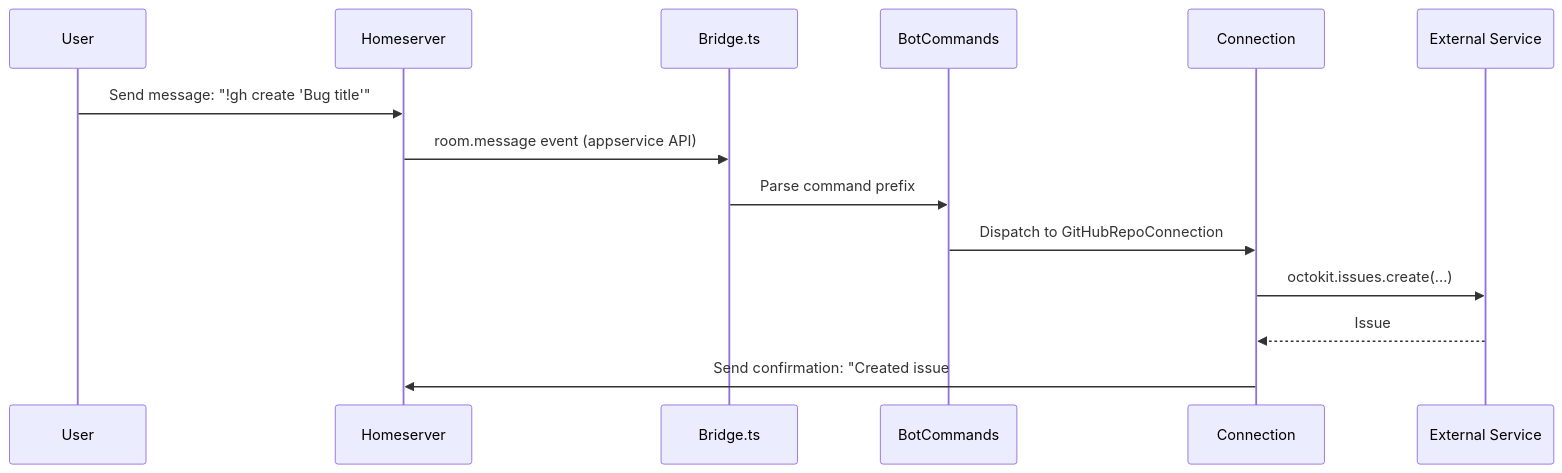
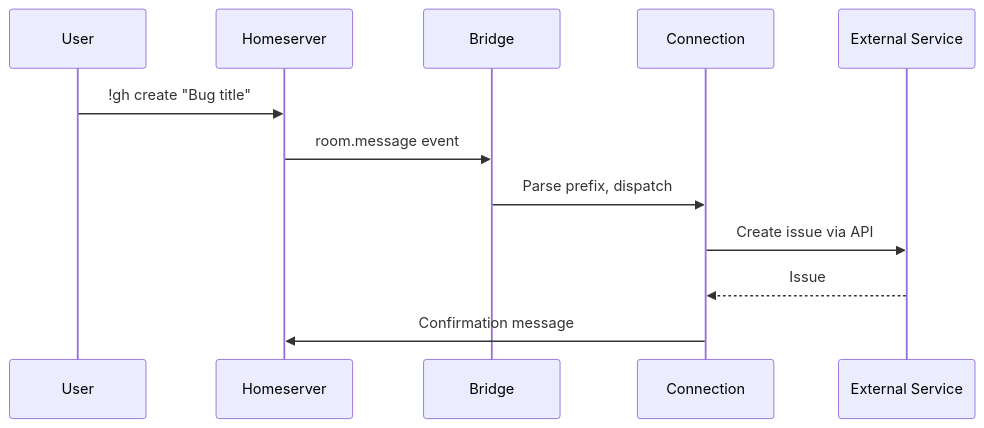
Before and after one commit to yncyrydybyl/matrix-hookshot: the third of 3 diagrams in docs/understand/event-lifecycle.md, drawn with Mermaid. The commit also changed 4 other files, not shown here.

First line of the commit message:
Simplify all 9 Mermaid diagrams for readability

````diff
--- a/docs/understand/event-lifecycle.md
+++ b/docs/understand/event-lifecycle.md
@@ -127,17 +127,15 @@
 ```mermaid
 sequenceDiagram
-    participant U as User
-    participant HS as Homeserver
-    participant BR as Bridge.ts
-    participant CMD as BotCommands
-    participant CONN as Connection
-    participant EXT as External Service
+    participant User
+    participant Matrix as Homeserver
+    participant Bridge
+    participant Conn as Connection
+    participant Ext as External Service
 
-    U->>HS: Send message: "!gh create 'Bug title'"
-    HS->>BR: room.message event (appservice API)
-    BR->>CMD: Parse command prefix
-    CMD->>CONN: Dispatch to GitHubRepoConnection
-    CONN->>EXT: octokit.issues.create(...)
-    EXT-->>CONN: Issue #42 created
-    CONN->>HS: Send confirmation: "Created issue #42"
+    User->>Matrix: !gh create "Bug title"
+    Matrix->>Bridge: room.message event
+    Bridge->>Conn: Parse prefix, dispatch
+    Conn->>Ext: Create issue via API
+    Ext-->>Conn: Issue #42 created
+    Conn->>Matrix: Confirmation message
 ```
````
